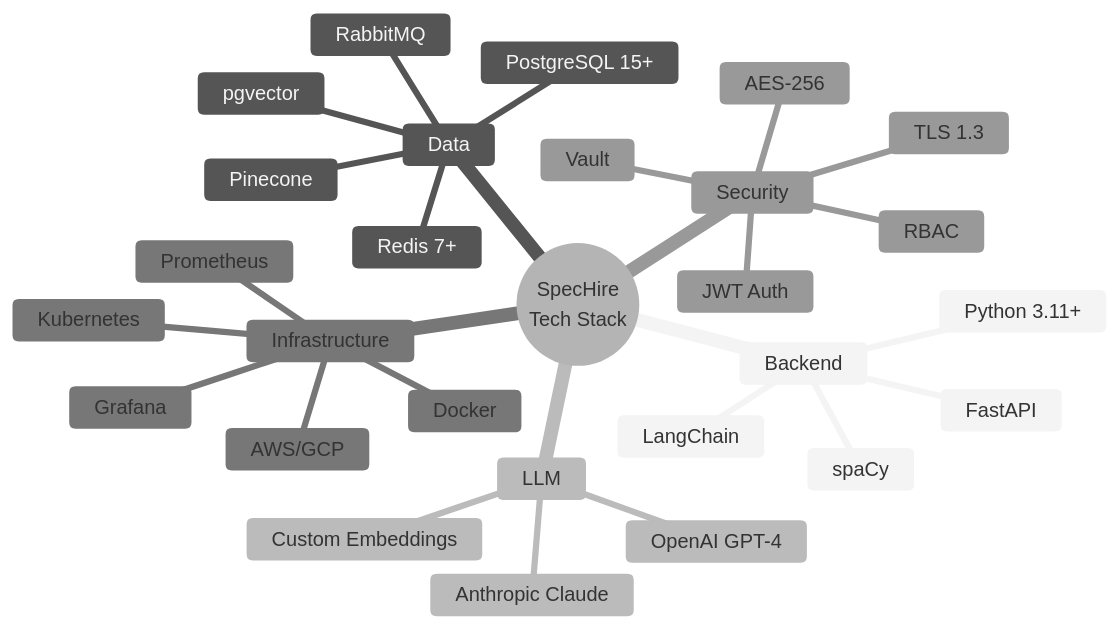
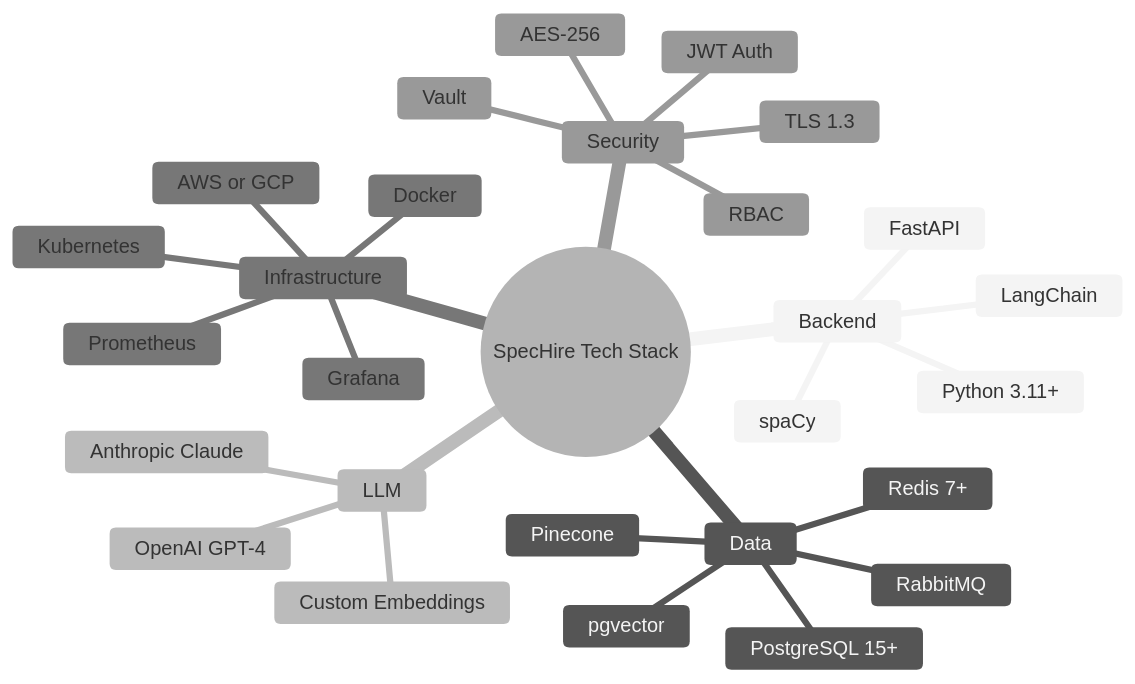
One commit to YaG-Lab/SpecHire changed the second of 7 diagrams in docs/2_architecture/00_visual_summary.md. Above: the diagram before and after it, drawn with Mermaid (neutral theme). The commit also changed other lines of this file and 2 other files, not shown here.

First line of the commit message:
docs: update architecture diagrams with improved formatting and clarity

````diff
--- a/docs/2_architecture/00_visual_summary.md
+++ b/docs/2_architecture/00_visual_summary.md
@@ -92,31 +98,31 @@
 ```mermaid
 mindmap
-  root((SpecHire<br/>Tech Stack))
+  root((SpecHire Tech Stack))
     Backend
       Python 3.11+
       FastAPI
       LangChain
       spaCy
     Data
       PostgreSQL 15+
       pgvector
       Redis 7+
       RabbitMQ
       Pinecone
     LLM
       OpenAI GPT-4
       Anthropic Claude
       Custom Embeddings
     Infrastructure
       Kubernetes
       Docker
-      AWS/GCP
+      AWS or GCP
       Prometheus
       Grafana
     Security
       JWT Auth
       RBAC
       AES-256
       TLS 1.3
       Vault
 ```
````
